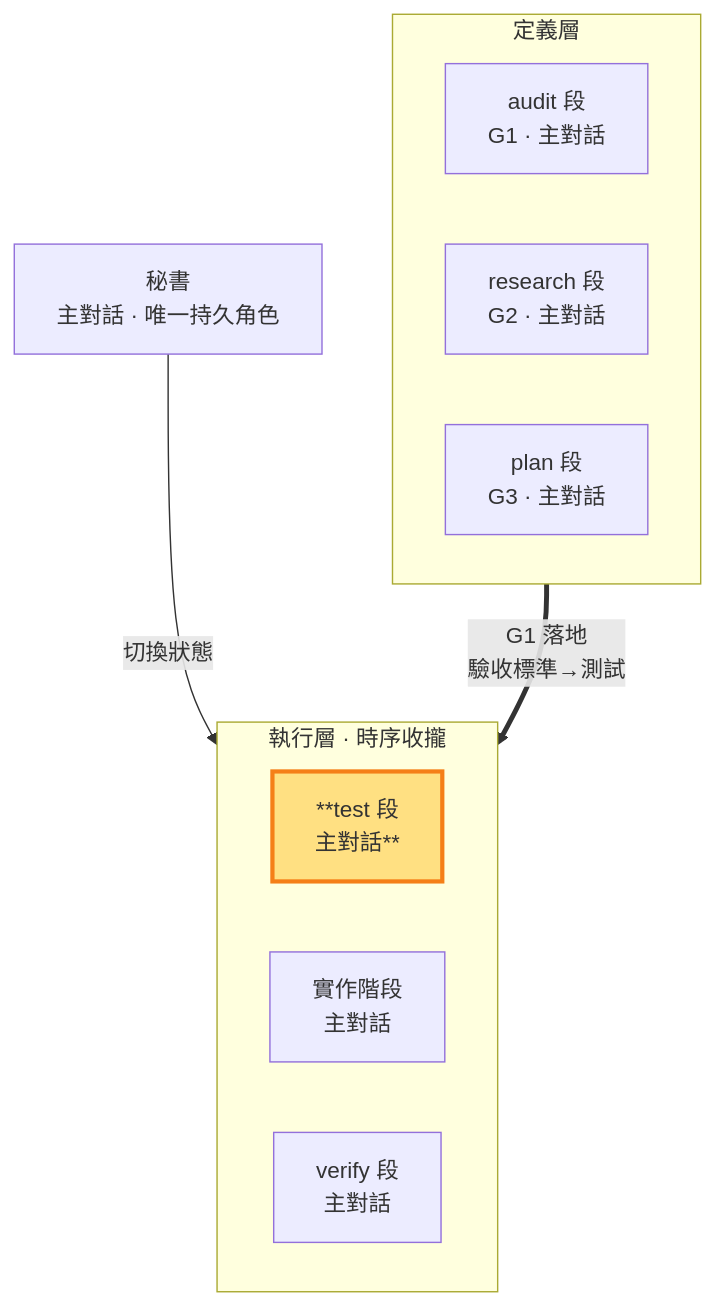
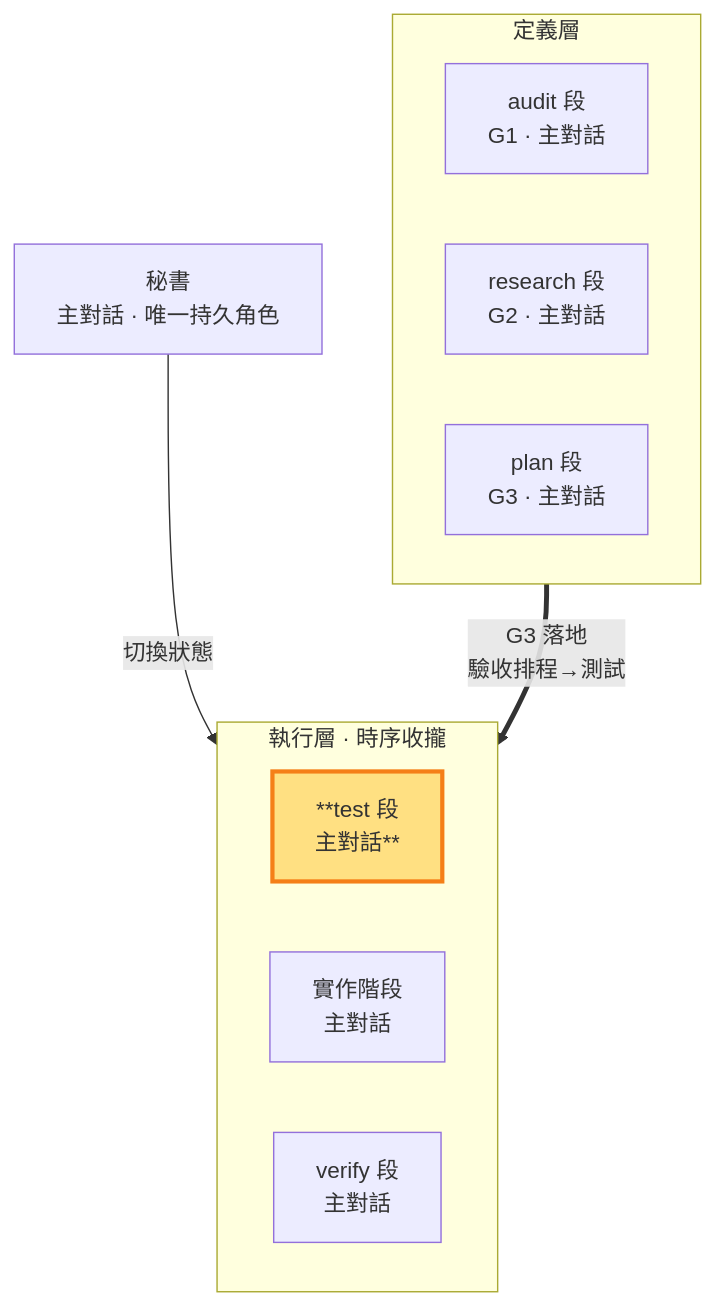
Before and after one commit to teps3105/shiftblame: the diagram in skills/shiftblame/references/TEST.md, drawn with Mermaid. The commit also changed other lines of this file and 21 other files, not shown here.

````diff
--- a/skills/shiftblame/references/TEST.md
+++ b/skills/shiftblame/references/TEST.md
@@ -16,19 +16,19 @@
 ```mermaid
 flowchart TB
     SEC[秘書<br/>主對話 · 唯一持久角色]
     subgraph Consult["定義層"]
         direction LR
         AUD["audit 段<br/>G1 · 主對話"]
         RES["research 段<br/>G2 · 主對話"]
         PLA["plan 段<br/>G3 · 主對話"]
     end
     subgraph Build["執行層 · 時序收攏"]
         direction LR
         TST["**test 段<br/>主對話**"]:::thisrole
         DEV["實作階段<br/>主對話"]
         ACC["verify 段<br/>主對話"]
     end
     SEC -- 切換狀態 --> TST
-    AUD == "G1 落地<br/>驗收標準→測試" ==> TST
+    PLA == "G3 落地<br/>驗收排程→測試" ==> TST
     classDef thisrole fill:#ffe082,stroke:#f57f17,stroke-width:3px;
 ```
````
